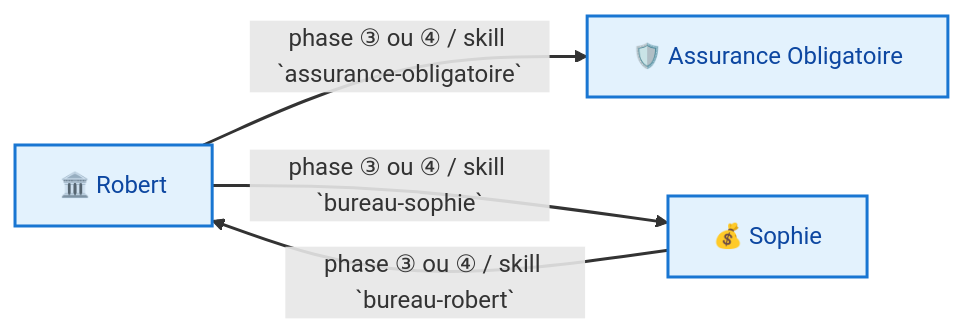
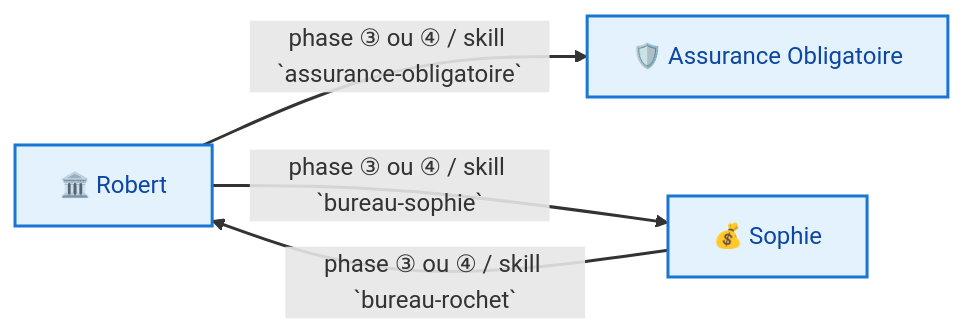
The second of 2 diagrams in docs/vision.md (christophedanhier-hash/BAVI_LEO), drawn with Mermaid before and after one commit. The commit also changed other lines of this file and 21 other files, not shown here.

````diff
--- a/docs/vision.md
+++ b/docs/vision.md
@@ -87,15 +86,15 @@
 ```mermaid
 flowchart LR
     Robert["🏛️ Robert"]
     AO["🛡️ Assurance Obligatoire"]
     Sophie["💰 Sophie"]
     
     Robert -->|"phase ③ ou ④ / skill `assurance-obligatoire`"| AO
     Robert -->|"phase ③ ou ④ / skill `bureau-sophie`"| Sophie
-    Sophie -->|"phase ③ ou ④ / skill `bureau-robert`"| Robert
+    Sophie -->|"phase ③ ou ④ / skill `bureau-rochet`"| Robert
 
     style Robert fill:#e3f2fd,stroke:#1976d2,stroke-width:2px,color:#0d47a1
     style AO fill:#e3f2fd,stroke:#1976d2,stroke-width:2px,color:#0d47a1
     style Sophie fill:#e3f2fd,stroke:#1976d2,stroke-width:2px,color:#0d47a1
     linkStyle default stroke-width:2px,fill:none
 ```
````
